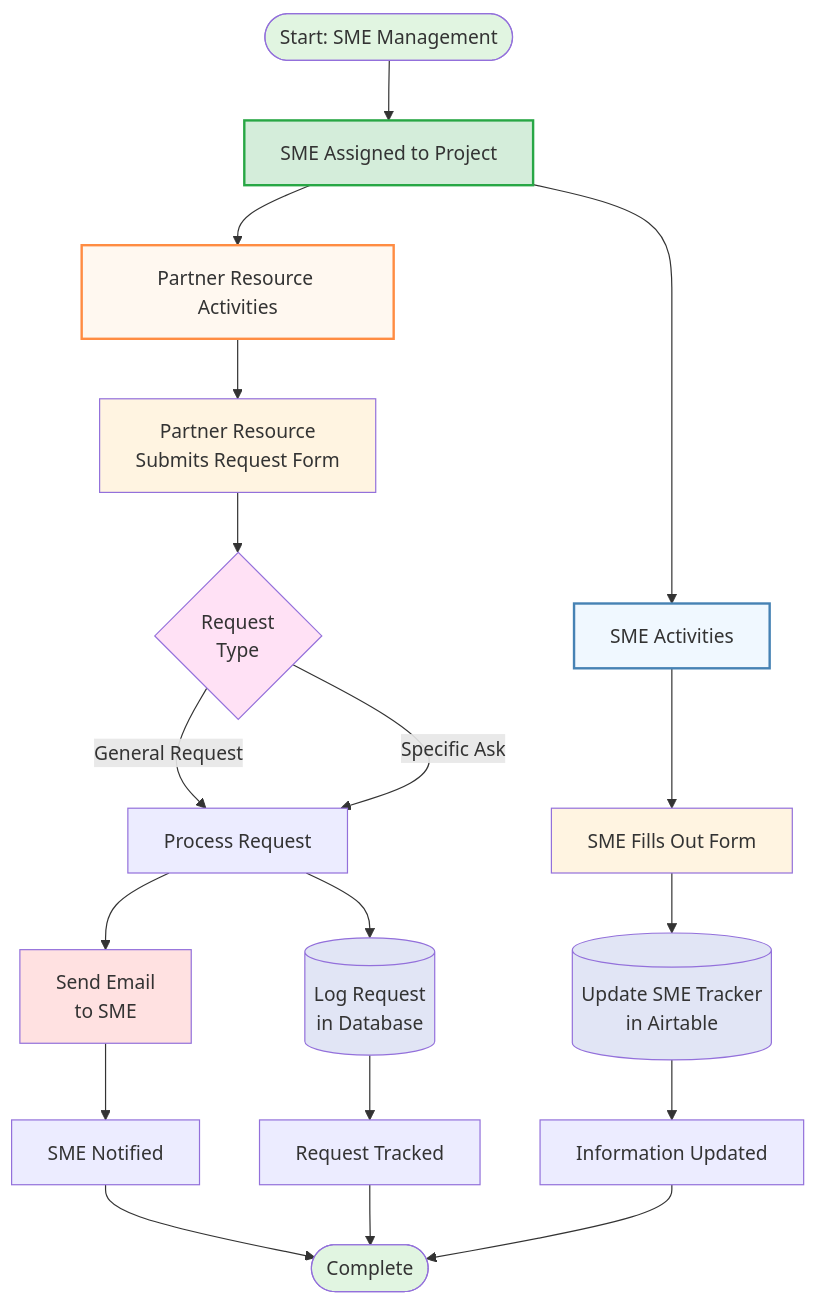
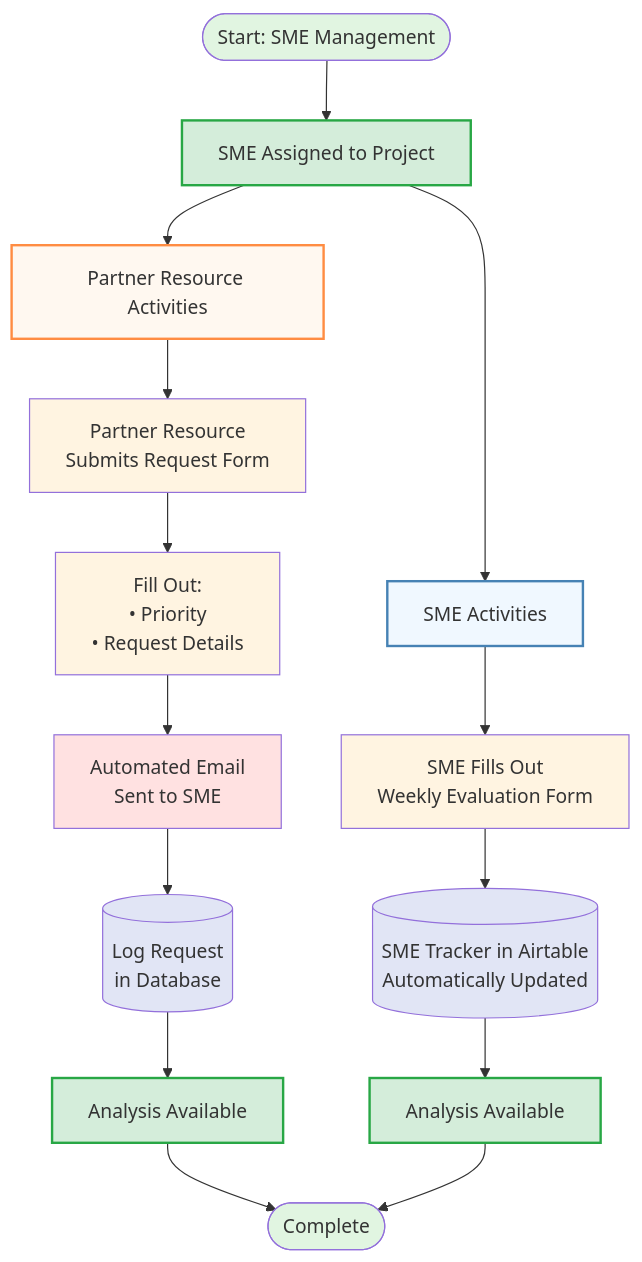
The diagram in sme-management-flow.md (krisboardman/partner-onboarding-diagram), drawn with Mermaid before and after one commit. The commit also changed other lines of this file, not shown here.

First line of the commit message:
Update SME workflow with priority/request fields and analysis endpoints

````diff
--- a/sme-management-flow.md
+++ b/sme-management-flow.md
@@ -3,42 +3,39 @@
 ```mermaid
 flowchart TD
     Start([Start: SME Management]) --> Assign[SME Assigned to Project]
 
     Assign --> SMEPath[SME Activities]
     Assign --> PartnerPath[Partner Resource Activities]
 
     %% SME Path
-    SMEPath --> SMEForm[SME Fills Out Form]
-    SMEForm --> UpdateTracker[(Update SME Tracker<br/>in Airtable)]
-    UpdateTracker --> SMEComplete[Information Updated]
+    SMEPath --> SMEForm[SME Fills Out<br/>Weekly Evaluation Form]
+    SMEForm --> UpdateTracker[(SME Tracker in Airtable<br/>Automatically Updated)]
+    UpdateTracker --> SMEComplete[Analysis Available]
 
     %% Partner Resource Path
     PartnerPath --> RequestForm[Partner Resource<br/>Submits Request Form]
-    RequestForm --> RequestType{Request<br/>Type}
+    RequestForm --> FillDetails[Fill Out:<br/>• Priority<br/>• Request Details]
 
-    RequestType -->|General Request| ProcessRequest[Process Request]
-    RequestType -->|Specific Ask| ProcessRequest
+    FillDetails --> Email[Automated Email<br/>Sent to SME]
+    Email --> LogDB[(Log Request<br/>in Database)]
 
-    ProcessRequest --> Email[Send Email<br/>to SME]
-    ProcessRequest --> LogDB[(Log Request<br/>in Database)]
+    LogDB --> PartnerComplete[Analysis Available]
 
-    Email --> Notify[SME Notified]
-    LogDB --> Track[Request Tracked]
-
-    Notify --> End([Complete])
-    Track --> End
+    PartnerComplete --> End([Complete])
     SMEComplete --> End
 
     %% Styling
     style Start fill:#e1f5e1
     style End fill:#e1f5e1
     style Assign fill:#d4edda,stroke:#28a745,stroke-width:2px
     style SMEForm fill:#fff4e1
     style RequestForm fill:#fff4e1
+    style FillDetails fill:#fff4e1
     style UpdateTracker fill:#e1e5f5
     style LogDB fill:#e1e5f5
     style Email fill:#ffe1e1
-    style RequestType fill:#ffe1f5
+    style SMEComplete fill:#d4edda,stroke:#28a745,stroke-width:2px
+    style PartnerComplete fill:#d4edda,stroke:#28a745,stroke-width:2px
     style SMEPath fill:#f0f8ff,stroke:#4682b4,stroke-width:2px
     style PartnerPath fill:#fff8f0,stroke:#ff8c42,stroke-width:2px
 ```
````
